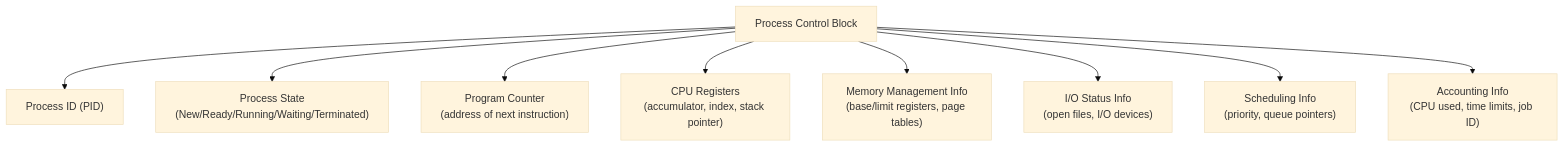
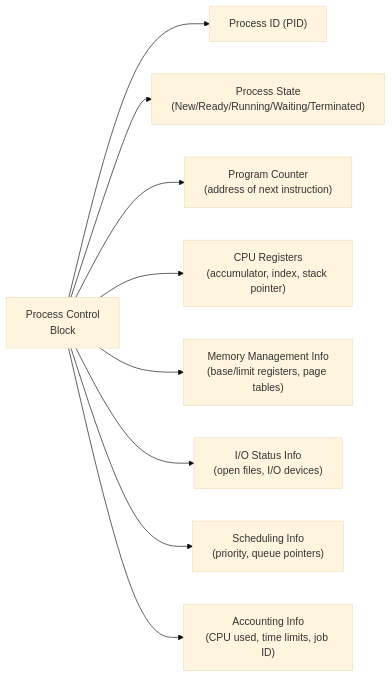
The third of 4 diagrams in 01-Semester-V/CS-302-MJ-T-Operating-Systems/Unit-2.md (amitdevx/TY), drawn with Mermaid (base theme) before and after one commit. The commit also changed other lines of this file and 65 other files, not shown here.

Commit message:
fix:graph vertical

````diff
--- a/01-Semester-V/CS-302-MJ-T-Operating-Systems/Unit-2.md
+++ b/01-Semester-V/CS-302-MJ-T-Operating-Systems/Unit-2.md
@@ -119,11 +120,11 @@
 ```mermaid
-graph TD
-    PCB[" Process Control Block"] --> PID["Process ID (PID)"]
+graph LR
+    PCB[" Process Control<br/>Block"] --> PID["Process ID (PID)"]
     PCB --> PS["Process State<br/>(New/Ready/Running/Waiting/Terminated)"]
     PCB --> PC["Program Counter<br/>(address of next instruction)"]
     PCB --> REG["CPU Registers<br/>(accumulator, index, stack pointer)"]
     PCB --> MEM["Memory Management Info<br/>(base/limit registers, page tables)"]
     PCB --> IO["I/O Status Info<br/>(open files, I/O devices)"]
     PCB --> SCHED["Scheduling Info<br/>(priority, queue pointers)"]
     PCB --> ACC["Accounting Info<br/>(CPU used, time limits, job ID)"]
 ```
````
